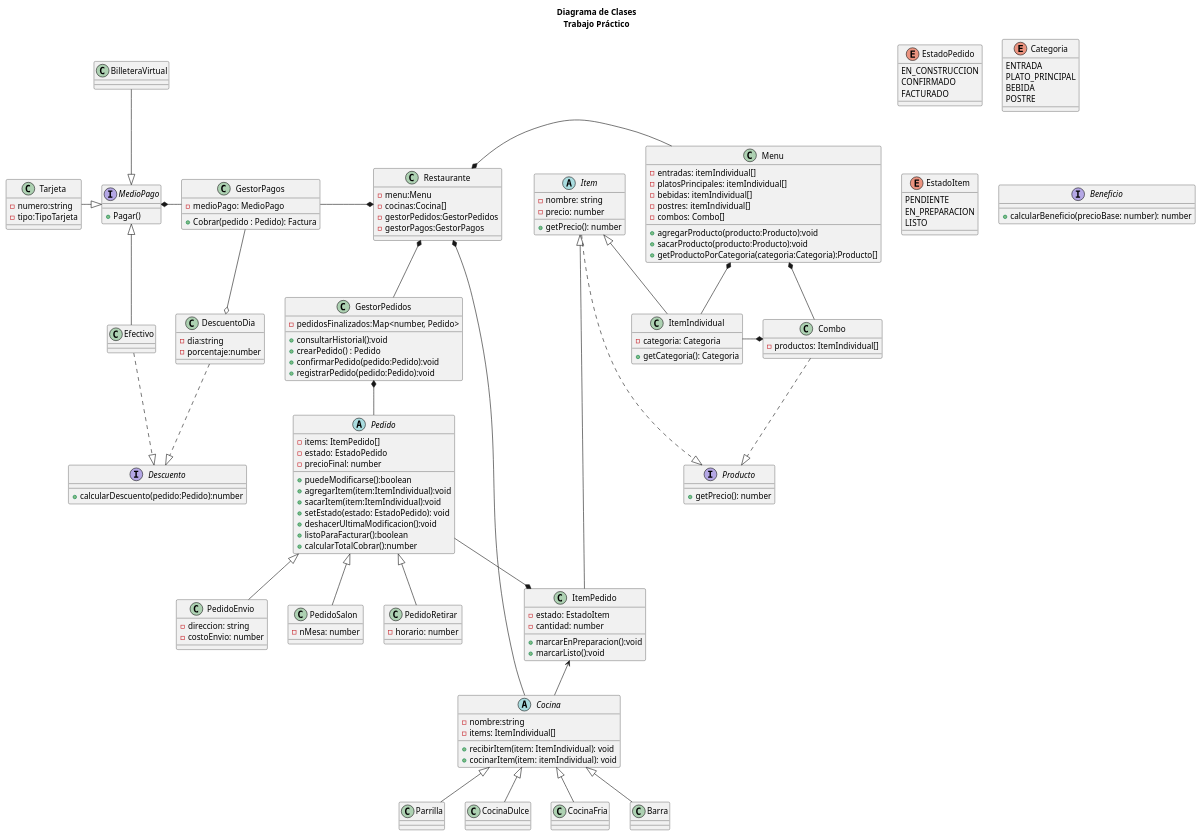
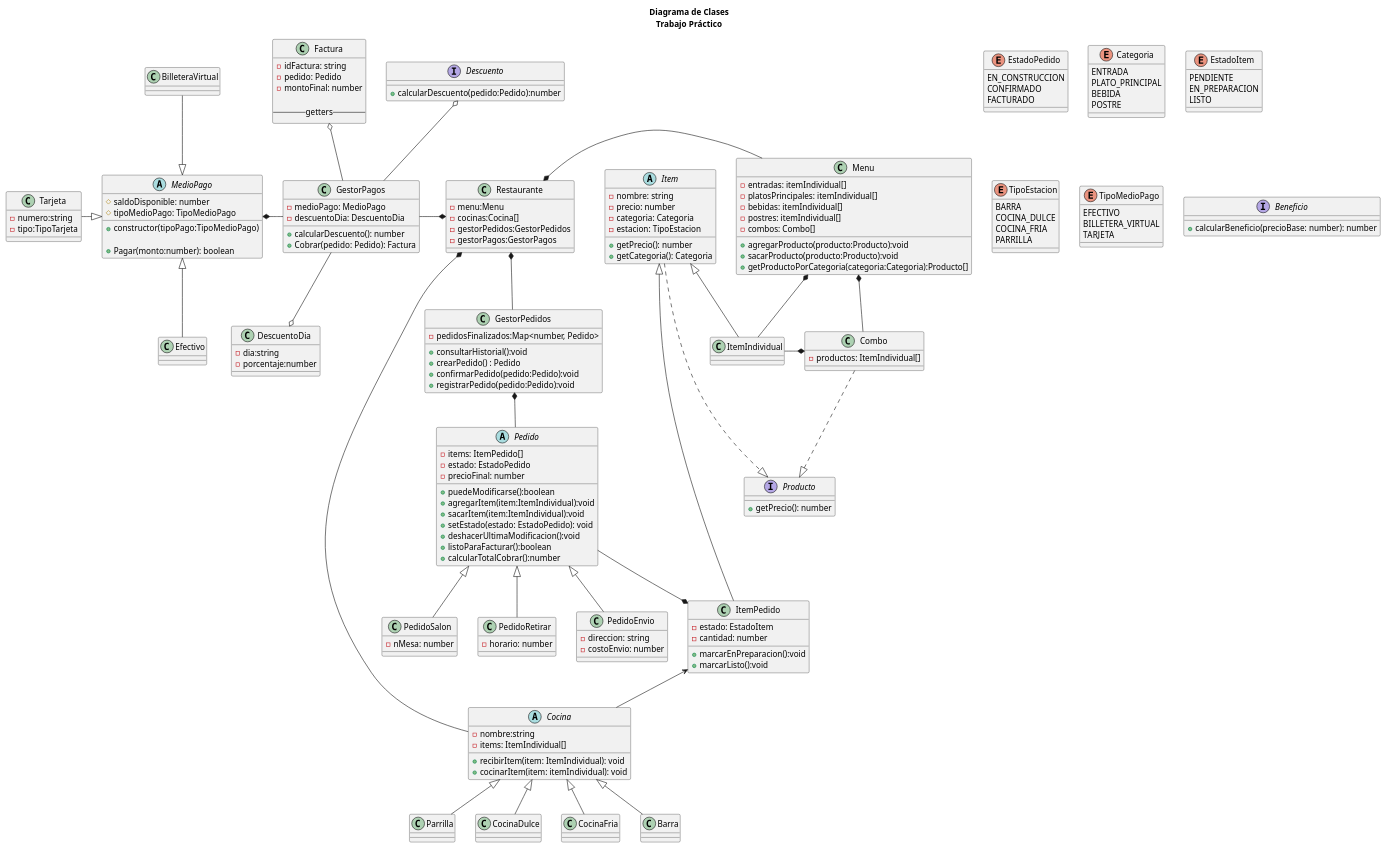
One commit to crstian8819/tp-grupo-11 changed the diagram in diagrama/diagrama.puml. Above: the diagram before and after it, drawn with PlantUML. The commit also changed 9 other files, not shown here.

```diff
--- a/diagrama/diagrama.puml
+++ b/diagrama/diagrama.puml
@@ -1,28 +1,41 @@
 @startuml Diagrama de Clases TP
     title "Diagrama de Clases\nTrabajo Práctico"
     
-     enum EstadoPedido{
+     enum EstadoPedido {
         EN_CONSTRUCCION
         CONFIRMADO
         FACTURADO
     }
 
-    enum Categoria{
+    enum Categoria {
         ENTRADA
         PLATO_PRINCIPAL
         BEBIDA
         POSTRE
     }
 
-    enum EstadoItem{
+    enum EstadoItem {
         PENDIENTE
         EN_PREPARACION
         LISTO
     }
 
+    enum TipoEstacion {
+        BARRA
+        COCINA_DULCE
+        COCINA_FRIA
+        PARRILLA
+    }
+
+    enum TipoMedioPago {
+        EFECTIVO
+        BILLETERA_VIRTUAL
+        TARJETA
+    }
+
     '-------------Restaurante-Sistema-----------------------
 
-    class Restaurante{
+    class Restaurante {
         -menu:Menu
         -cocinas:Cocina[]
         -gestorPedidos:GestorPedidos
@@ -32,7 +45,7 @@
     '------------------ PEDIDOS -------------------------
 
     abstract class Pedido {
-        ' -id_pedido: number
+        ' -idPedido: number
         -items: ItemPedido[]
         -estado: EstadoPedido
         -precioFinal: number
@@ -79,21 +92,17 @@
         +getPrecio(): number
     }
 
-    abstract class Item{ 
+    abstract class Item { 
         -nombre: string
         -precio: number
+        -categoria: Categoria
+        -estacion: TipoEstacion
 
         +getPrecio(): number
+        +getCategoria(): Categoria
     }
 
-    class ItemIndividual extends Item{
-        -categoria: Categoria
-
-
-
-        +getCategoria(): Categoria
-
-    }
+    class ItemIndividual extends Item {}
 
     class ItemPedido extends Item {
         -estado: EstadoItem
@@ -132,15 +141,28 @@
 
     class GestorPagos {
         -medioPago: MedioPago
+        -descuentoDia: DescuentoDia
 
-        +Cobrar(pedido : Pedido): Factura
+        +calcularDescuento(): number
+        +Cobrar(pedido: Pedido): Factura
+    }
+    '------------------- Factura ------------------------
+    class Factura {
+        -idFactura: string
+        -pedido: Pedido
+        -montoFinal: number
+
+        ----getters----
     }
 
     '------------------- MedioPago ------------------------
 
-    interface MedioPago {
+    abstract MedioPago {
+        #saldoDisponible: number
+        #tipoMedioPago: TipoMedioPago
+        +constructor(tipoPago:TipoMedioPago)
         
-        +Pagar()
+        +Pagar(monto:number): boolean
     }
 
     class Efectivo {}
@@ -180,7 +202,7 @@
     Restaurante *-- Cocina
     'Restaurante o-- Pedido
     Restaurante *-d- GestorPedidos
-    Restaurante *--l- GestorPagos
+    Restaurante *--l--- GestorPagos
     'Restaurante ..|> Descuento
 
 'PEDIDOS
@@ -209,17 +231,19 @@
 
     GestorPagos -l-* MedioPago
     GestorPagos --o DescuentoDia
+    GestorPagos -u-o Factura
+    GestorPagos -u-o Descuento
 
 'MEDIOS DE PAGO
 
     Efectivo -u-|> MedioPago
     Tarjeta -r-|> MedioPago
     BilleteraVirtual -d-|> MedioPago
-    Efectivo .d.|> Descuento
+    'Efectivo .d.|> Descuento
 
 'DESCUENTOS
 
-    DescuentoDia ..|> Descuento
+    'DescuentoDia ..|> Descuento
 
 'GESTOR DE PEDIDOS
 
```
